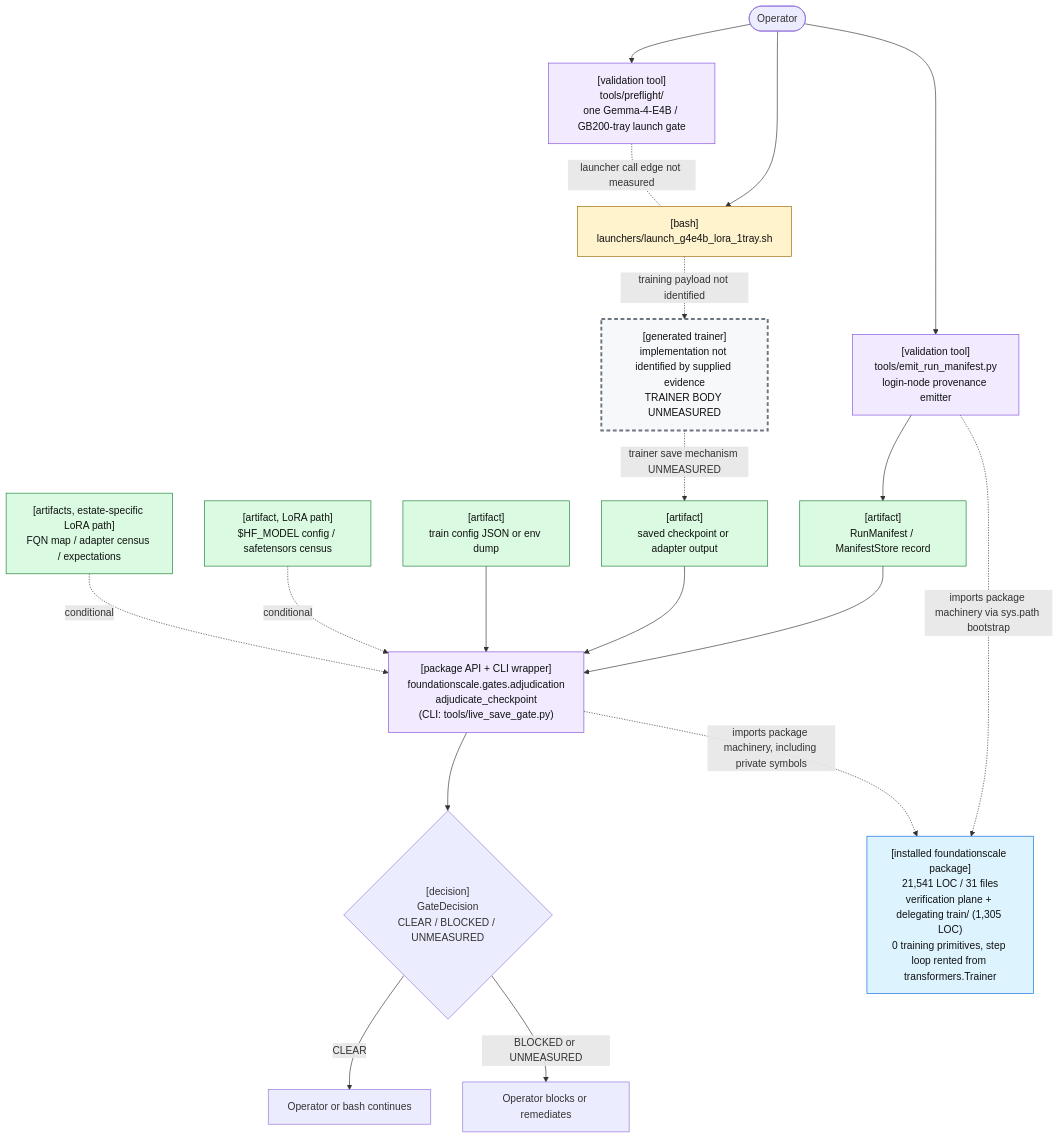
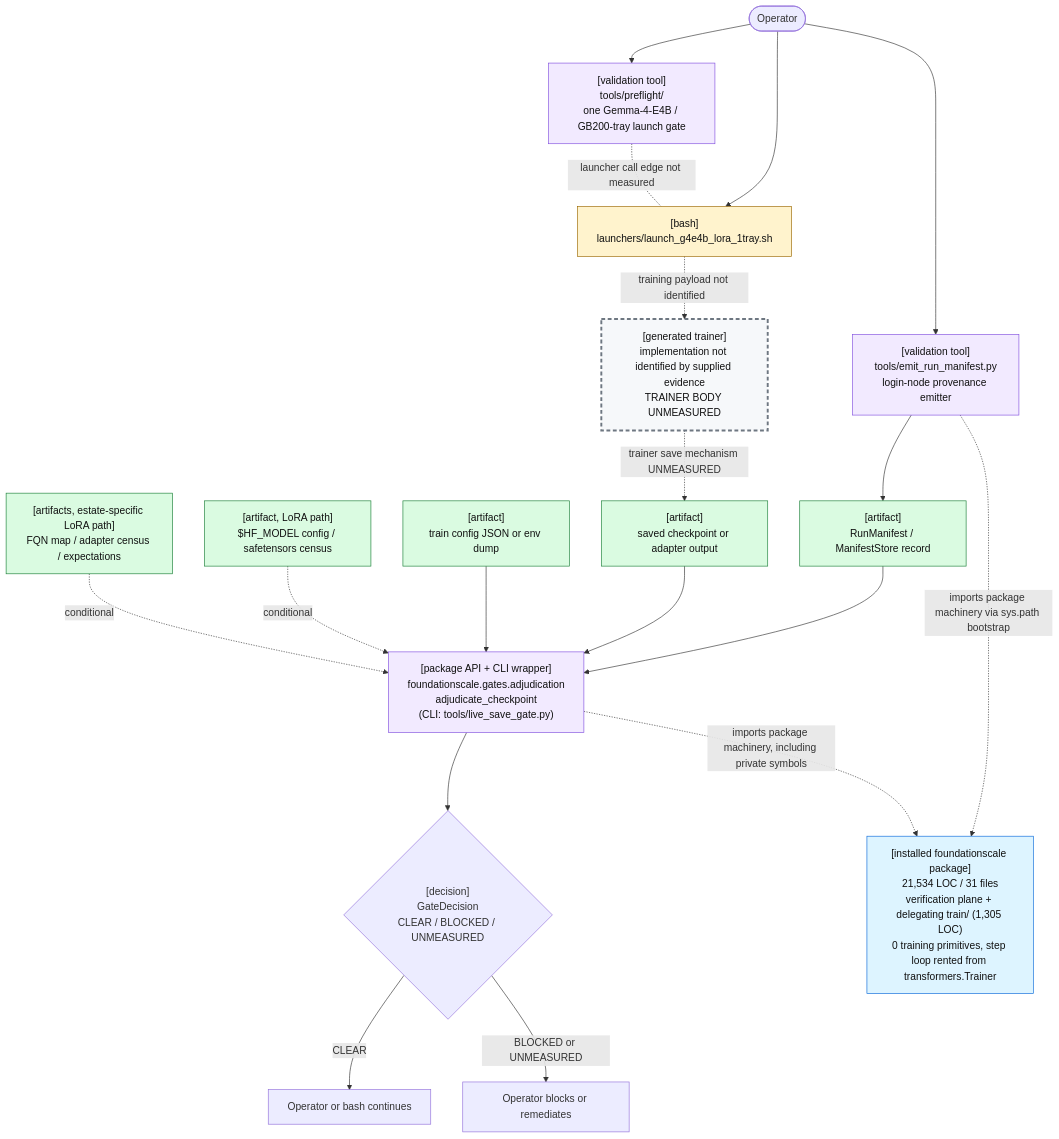
Before and after one commit to TranNhiem/FoundationScale: the first of 2 diagrams in docs/review/D2_current_architecture.md, drawn with Mermaid. The commit also changed other lines of this file and 12 other files, not shown here.

````diff
--- a/docs/review/D2_current_architecture.md
+++ b/docs/review/D2_current_architecture.md
@@ -25,59 +25,59 @@
 ```mermaid
 flowchart TB
   O(["Operator"])
 
   PF["[validation tool]<br/>tools/preflight/<br/>one Gemma-4-E4B / GB200-tray launch gate"]
   L["[bash]<br/>launchers/launch_g4e4b_lora_1tray.sh"]
 
   E["[validation tool]<br/>tools/emit_run_manifest.py<br/>login-node provenance emitter"]
   M["[artifact]<br/>RunManifest / ManifestStore record"]
 
   T["[generated trainer]<br/>implementation not identified by supplied evidence<br/>TRAINER BODY UNMEASURED"]
   C["[artifact]<br/>saved checkpoint or adapter output"]
 
   G["[package API + CLI wrapper]<br/>foundationscale.gates.adjudication<br/>adjudicate_checkpoint<br/>(CLI: tools/live_save_gate.py)"]
   CFG["[artifact]<br/>train config JSON or env dump"]
   BASE["[artifact, LoRA path]<br/>$HF_MODEL config / safetensors census"]
   CEN["[artifacts, estate-specific LoRA path]<br/>FQN map / adapter census / expectations"]
 
   D{"[decision]<br/>GateDecision<br/>CLEAR / BLOCKED / UNMEASURED"}
   OK["Operator or bash continues"]
   NO["Operator blocks or remediates"]
 
-  PKG["[installed foundationscale package]<br/>21,541 LOC / 31 files<br/>verification plane + delegating train/ (1,305 LOC)<br/>0 training primitives, step loop rented from transformers.Trainer"]
+  PKG["[installed foundationscale package]<br/>21,534 LOC / 31 files<br/>verification plane + delegating train/ (1,305 LOC)<br/>0 training primitives, step loop rented from transformers.Trainer"]
 
   O --> PF
   O --> L
   PF -. "launcher call edge not measured" .- L
 
   O --> E
   E --> M
 
   L -. "training payload not identified" .-> T
   T -. "trainer save mechanism UNMEASURED" .-> C
 
   M --> G
   C --> G
   CFG --> G
   BASE -. "conditional" .-> G
   CEN -. "conditional" .-> G
 
   E -. "imports package machinery via sys.path bootstrap" .-> PKG
   G -. "imports package machinery, including private symbols" .-> PKG
 
   G --> D
   D -->|"CLEAR"| OK
   D -->|"BLOCKED or UNMEASURED"| NO
 
   classDef bash fill:#fff3cd,stroke:#9a6700,color:#111;
   classDef tool fill:#f2eaff,stroke:#8250df,color:#111;
   classDef artifact fill:#dafbe1,stroke:#1a7f37,color:#111;
   classDef gap fill:#f6f8fa,stroke:#6e7781,stroke-width:3px,stroke-dasharray: 6 4,color:#111;
   classDef pkg fill:#ddf4ff,stroke:#0969da,color:#111;
 
   class L bash;
   class PF,E,G tool;
   class M,C,CFG,BASE,CEN artifact;
   class T gap;
   class PKG pkg;
 ```
````
